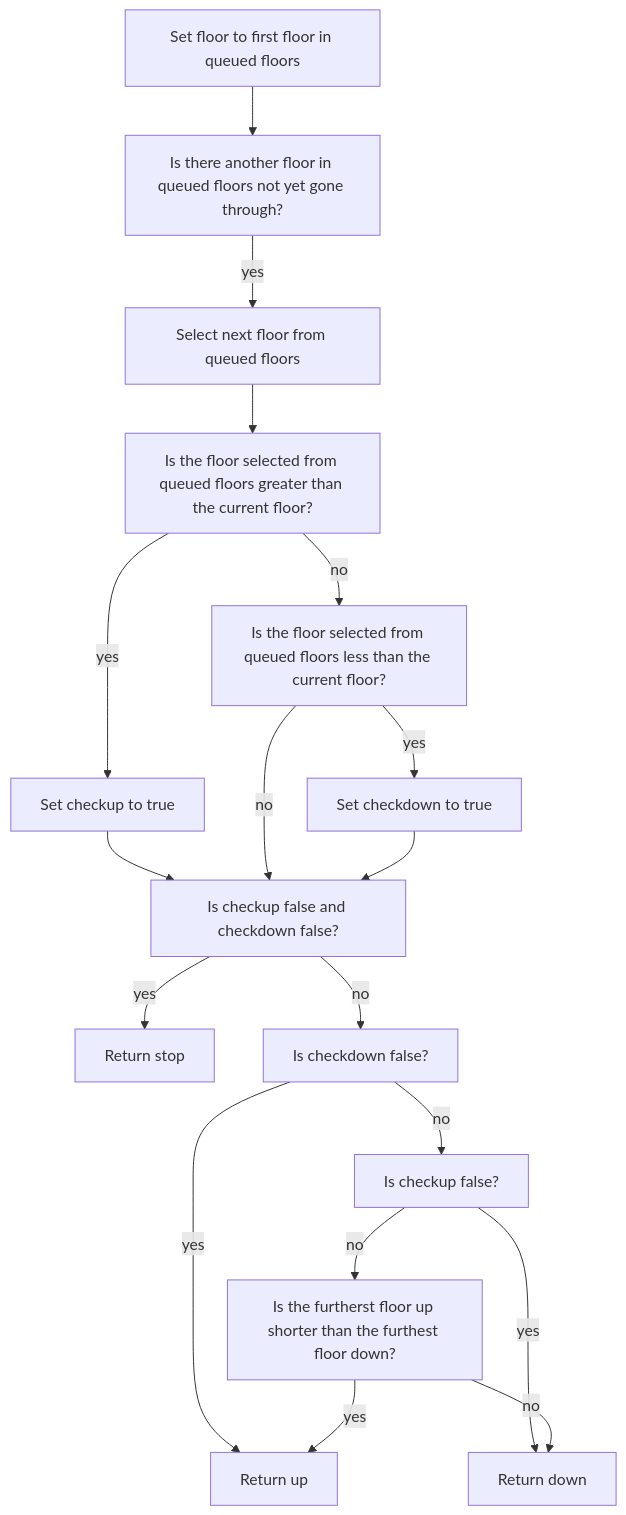
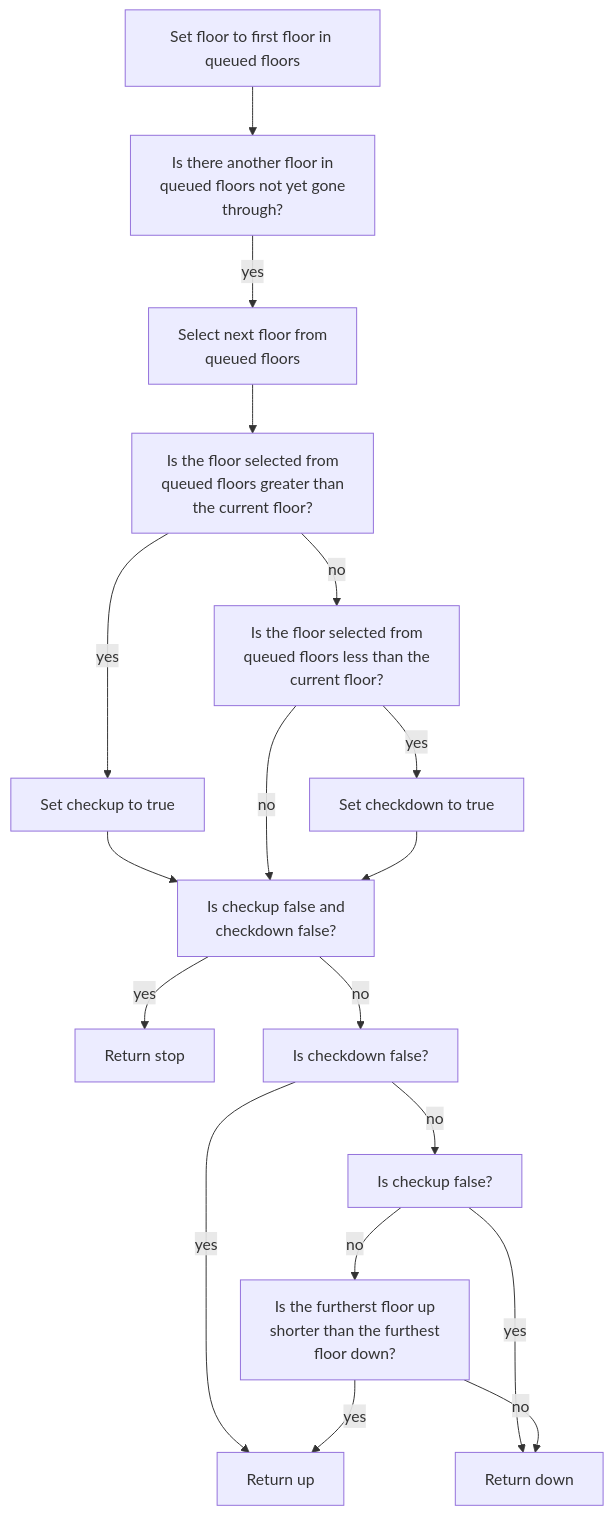
The diagram in flowcharts/ed-code/pathing.mermaid (tgn203/lift-project), drawn with Mermaid before and after one commit.

```diff
--- a/flowcharts/ed-code/pathing.mermaid
+++ b/flowcharts/ed-code/pathing.mermaid
@@ -1,32 +1,32 @@
 flowchart TD
     A["Set floor to first floor in queued floors"]
-    B["Is there another floor in queued floors not yet gone through?"]
-    L["Select next floor from queued floors"]
-    C["Is the floor selected from queued floors greater than the current floor?"]
+    B["Is there another floor in<br> queued floors not yet gone<br> through?"]
+    L["Select next floor from<br> queued floors"]
+    C["Is the floor selected from<br> queued floors greater than<br> the current floor?"]
     D["Set checkup to true"]
-    E["Is the floor selected from queued floors less than the current floor?"]
+    E["Is the floor selected from<br> queued floors less than the<br> current floor?"]
     F["Set checkdown to true"]
-    G["Is checkup false and checkdown false?"]
+    G["Is checkup false and<br> checkdown false?"]
     H["Return stop"]
     I["Is checkdown false?"]
     J["Return down"]
     K["Return up"]
     M["Is checkup false?"]
-    N["Is the furtherst floor up shorter than the furthest floor down?"]
+    N["Is the furtherst floor up<br> shorter than the furthest<br> floor down?"]
     A --> B
     B -->|yes| L
     L --> C
     C -->|yes| D
     C -->|no| E
     E -->|yes| F
     D --> G
     E -->|no| G
     F --> G
     G -->|yes| H
     G -->|no| I
     I -->|yes| K
     I -->|no| M
     M -->|yes| J
     M -->|no| N
     N -->|yes| K
     N -->|no| J
```
